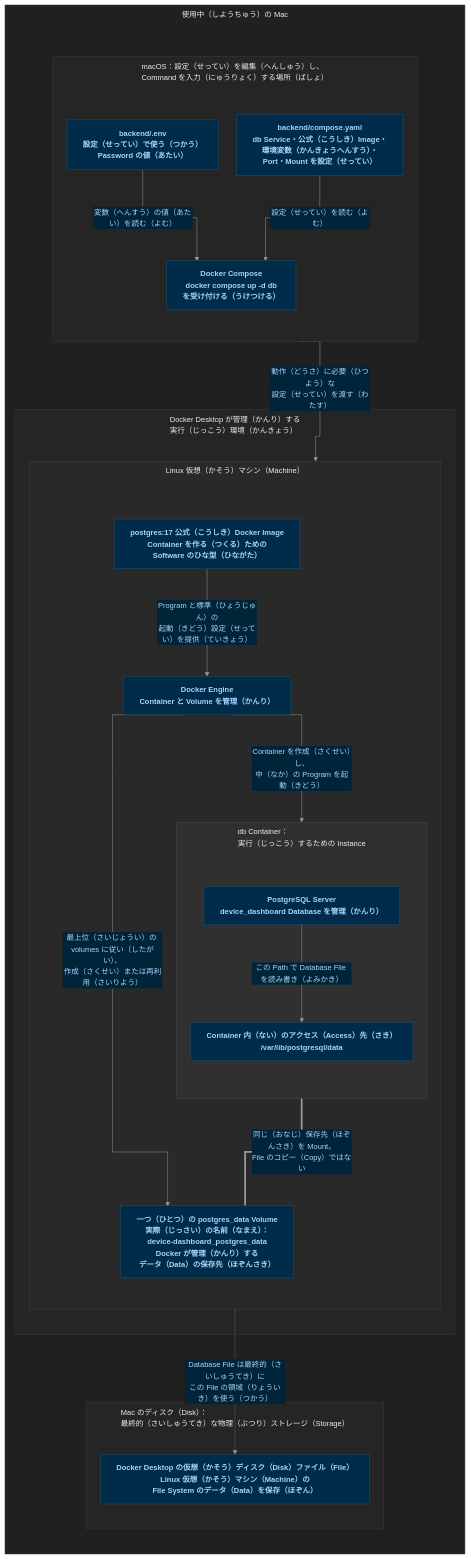
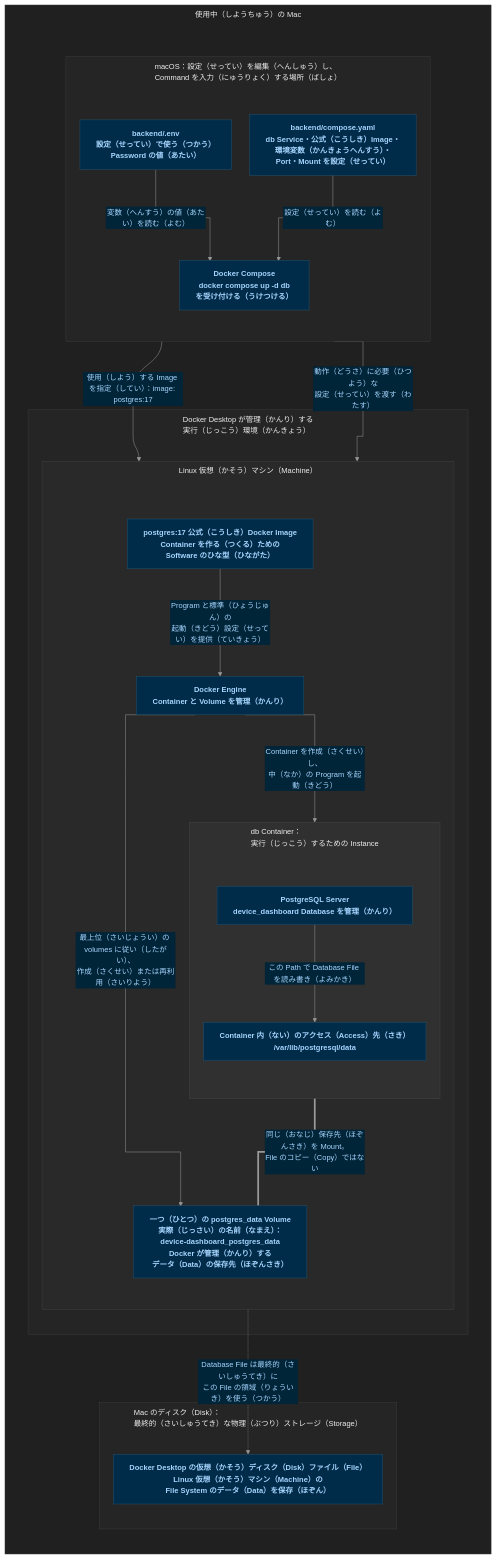
One commit to noah-yang-x/-GL changed the diagram in YAMLとDocker Composeの設定の基本-2026-10-20.md. Above: the diagram before and after it, drawn with Mermaid. The commit also changed 5 other files, not shown here.

````diff
--- a/YAMLとDocker Composeの設定の基本-2026-10-20.md
+++ b/YAMLとDocker Composeの設定の基本-2026-10-20.md
@@ -233,55 +233,57 @@
 ```mermaid
 ---
 config: {"theme": "base", "themeVariables": {"background": "#1e1e1e", "primaryColor": "#002b49", "primaryTextColor": "#a6d6ff", "primaryBorderColor": "#24516b", "lineColor": "#999999", "secondaryColor": "#252525", "tertiaryColor": "#252525", "clusterBkg": "#252525", "clusterBorder": "#3b3b3b", "titleColor": "#eeeeee", "edgeLabelBackground": "#002438", "fontFamily": "Arial", "fontSize": "15px"}, "flowchart": {"defaultRenderer": "dagre-wrapper", "curve": "stepAfter", "nodeSpacing": 36, "rankSpacing": 75, "padding": 16, "htmlLabels": true, "useMaxWidth": true, "wrappingWidth": 700, "subGraphTitleMargin": {"top": 8, "bottom": 45}}, "themeCSS": ".node rect { rx: 18px; ry: 18px; } .label, .nodeLabel, .edgeLabel, .cluster-label { font-family: Arial, sans-serif !important; font-weight: 400 !important; } .edgeLabel foreignObject div, .cluster-label foreignObject div { width: max-content !important; max-width: none !important; white-space: nowrap !important; } .edgeLabel p, .cluster-label p { margin: 0 !important; white-space: nowrap !important; } .edgeLabel p { color: #a6d6ff; background-color: #002438; border: 1px solid #24516b; border-radius: 14px; } .cluster-label { color: #eeeeee; } .edge-thickness-thick { stroke-width: 1px !important; } .cluster-label p { font-size: 14px; line-height: 1.15; } .edgeLabel { translate: 0 -18px; }", "markdownAutoWrap": false, "htmlLabels": true}
 ---
 flowchart TB
     subgraph MAC["使用中（しようちゅう）の Mac"]
         direction TB
         subgraph HOST["macOS：設定（せってい）を編集（へんしゅう）し、<br/>Command を入力（にゅうりょく）する場所（ばしょ）"]
             direction TB
             ENV["backend/.env<br/>設定（せってい）で使う（つかう）<br/>Password の値（あたい）"]
             FILE["backend/compose.yaml<br/>db Service・公式（こうしき）Image・<br/>環境変数（かんきょうへんすう）・<br/>Port・Mount を設定（せってい）"]
             COMPOSE["Docker Compose<br/>docker compose up -d db<br/>を受け付ける（うけつける）"]
             ENV -->|変数（へんすう）の値（あたい）を読む（よむ）| COMPOSE
             FILE -->|設定（せってい）を読む（よむ）| COMPOSE
         end
 
         subgraph DESKTOP["Docker Desktop が管理（かんり）する<br/>実行（じっこう）環境（かんきょう）"]
             subgraph VM["Linux 仮想（かそう）マシン（Machine）"]
                 direction TB
                 ENGINE["Docker Engine<br/>Container と Volume を管理（かんり）"]
                 IMAGE["postgres:17 公式（こうしき）Docker Image<br/>Container を作る（つくる）ための<br/>Software のひな型（ひながた）"]
                 subgraph CT["db Container：<br/>実行（じっこう）するための Instance"]
                     direction TB
                     PG["PostgreSQL Server<br/>device_dashboard Database を管理（かんり）"]
                     PATH["Container 内（ない）のアクセス（Access）先（さき）<br/>/var/lib/postgresql/data"]
                     PG -->|この Path で Database File を読み書き（よみかき）| PATH
                 end
                 VOL["一つ（ひとつ）の postgres_data Volume<br/>実際（じっさい）の名前（なまえ）：<br/>device-dashboard_postgres_data<br/>Docker が管理（かんり）する<br/>データ（Data）の保存先（ほぞんさき）"]
                 IMAGE -->|Program と標準（ひょうじゅん）の<br/>起動（きどう）設定（せってい）を提供（ていきょう）| ENGINE
                 ENGINE -->|最上位（さいじょうい）の volumes に従い（したがい）、<br/>作成（さくせい）または再利用（さいりよう）| VOL
                 ENGINE -->|Container を作成（さくせい）し、<br/>中（なか）の Program を起動（きどう）| PG
                 PATH ===|同じ（おなじ）保存先（ほぞんさき）を Mount。<br/>File のコピー（Copy）ではない| VOL
             end
         end
 
         subgraph DISK["Mac のディスク（Disk）：<br/>最終的（さいしゅうてき）な物理（ぶつり）ストレージ（Storage）"]
             RAW["Docker Desktop の仮想（かそう）ディスク（Disk）ファイル（File）<br/>Linux 仮想（かそう）マシン（Machine）の<br/>File System のデータ（Data）を保存（ほぞん）"]
         end
+        FILE imageSelection@-->|使用（しよう）する Image を指定（してい）：image: postgres:17| IMAGE
+        imageSelection@{ curve: bumpY }
         COMPOSE ~~~ IMAGE
         COMPOSE -->|動作（どうさ）に必要（ひつよう）な<br/>設定（せってい）を渡す（わたす）| ENGINE
         VOL -.->|Database File は最終的（さいしゅうてき）に<br/>この File の領域（りょういき）を使う（つかう）| RAW
     end
 
     classDef component fill:#002b49,stroke:#24516b,stroke-width:1px,color:#a6d6ff,font-weight:600;
     class ENV,FILE,COMPOSE,IMAGE,ENGINE,PG,PATH,VOL,RAW component;
     style MAC fill:#202020,stroke:#353535,stroke-width:1px,color:#eeeeee
     style HOST fill:#252525,stroke:#3b3b3b,stroke-width:1px,color:#eeeeee
     style DESKTOP fill:#252525,stroke:#3b3b3b,stroke-width:1px,color:#eeeeee
     style VM fill:#292929,stroke:#404040,stroke-width:1px,color:#eeeeee
     style CT fill:#303030,stroke:#444444,stroke-width:1px,color:#eeeeee
     style DISK fill:#252525,stroke:#3b3b3b,stroke-width:1px,color:#eeeeee
 
 
 
 ```
````
